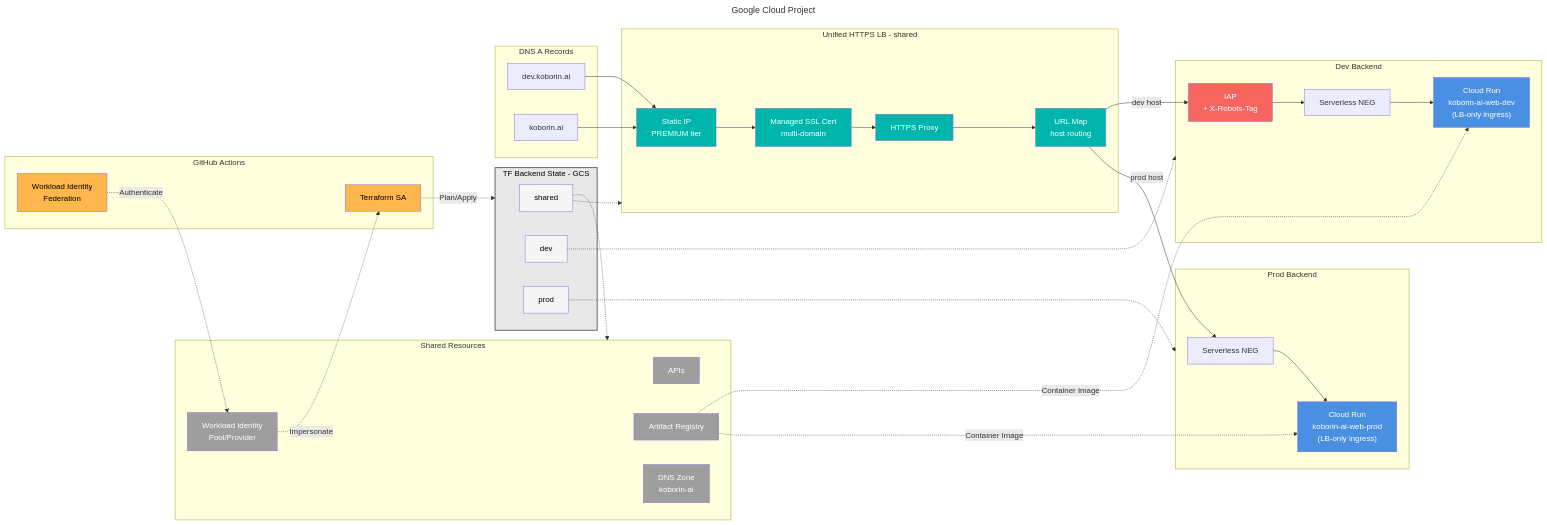
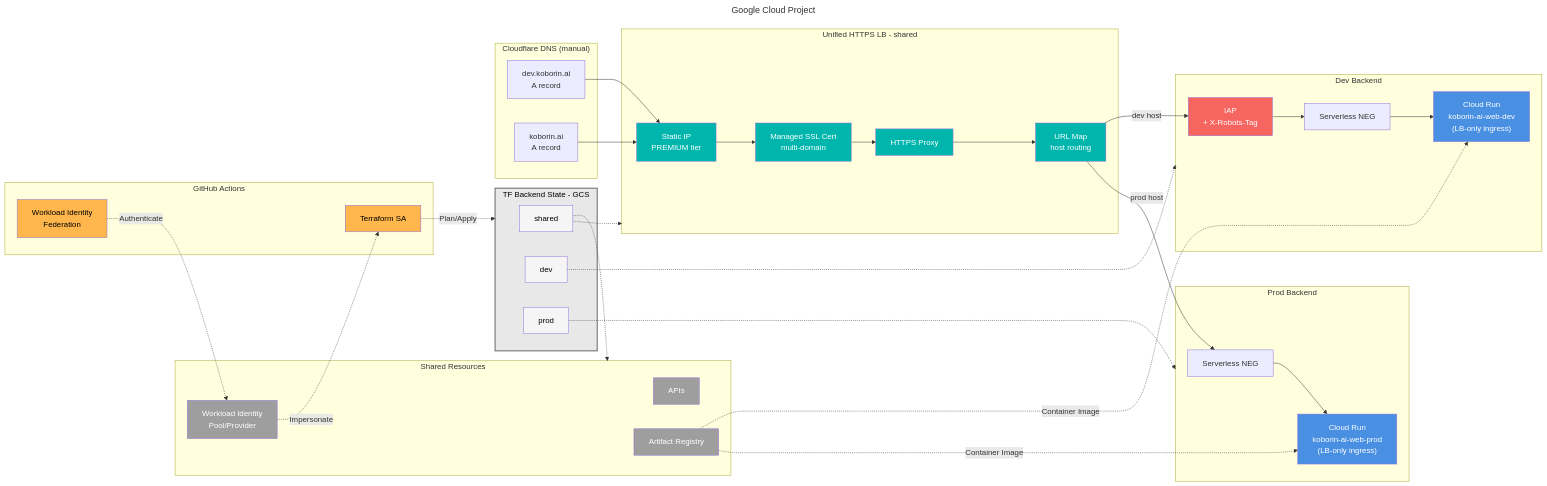
The diagram in README.md (nozomi-koborinai/koborin-ai), drawn with Mermaid before and after one commit. The commit also changed other lines of this file and 2 other files, not shown here.

Commit message:
refactor(infrastructure): remove Cloud DNS management in favor of Cloudflare

```diff
--- a/README.md
+++ b/README.md
@@ -26,12 +26,11 @@
         APIS["APIs"]
         ARTIFACT["Artifact Registry"]
         WIF["Workload Identity<br/>Pool/Provider"]
-        DNS_ZONE["DNS Zone<br/>koborin-ai"]
     end
     
-    subgraph DNS["DNS A Records"]
-        DEV_DOMAIN["dev.koborin.ai"]
-        PROD_DOMAIN["koborin.ai"]
+    subgraph DNS["Cloudflare DNS (manual)"]
+        DEV_DOMAIN["dev.koborin.ai<br/>A record"]
+        PROD_DOMAIN["koborin.ai<br/>A record"]
     end
     
     subgraph LB["Unified HTTPS LB - shared"]
@@ -89,7 +88,6 @@
     style APIS fill:#9E9E9E,color:#fff
     style ARTIFACT fill:#9E9E9E,color:#fff
     style WIF fill:#9E9E9E,color:#fff
-    style DNS_ZONE fill:#9E9E9E,color:#fff
     style STATIC_IP fill:#00B6AC,color:#fff
     style SSL_CERT fill:#00B6AC,color:#fff
     style URL_MAP fill:#00B6AC,color:#fff
```
